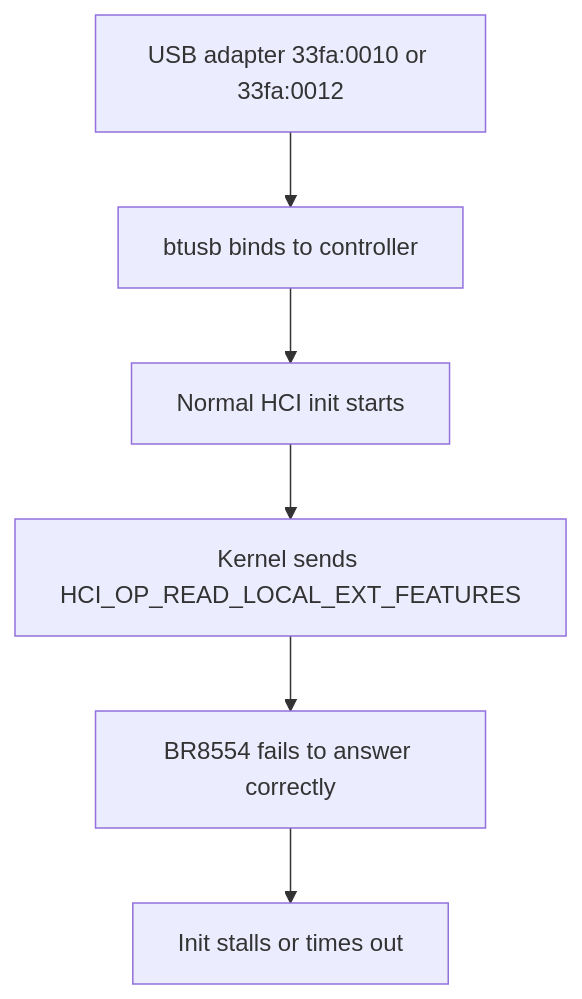
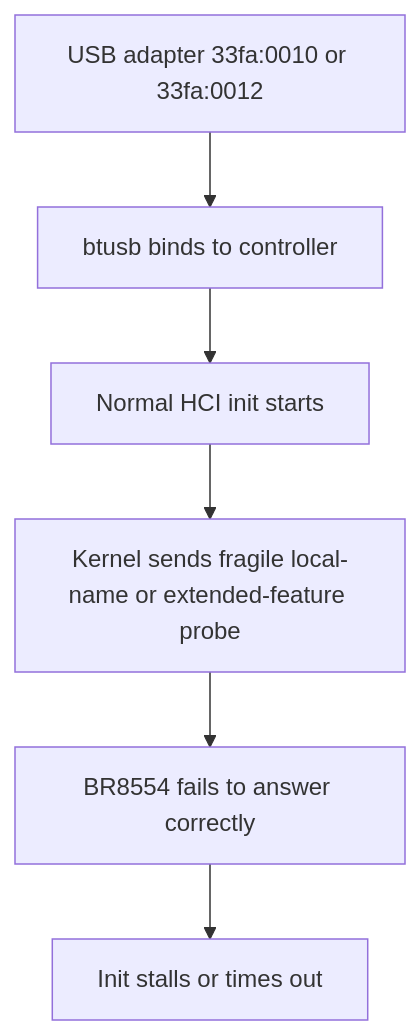
One commit to vratiskol/barrot-ble-device changed the first of 4 diagrams in PATCH_DETAILS.md. Above: the diagram before and after it, drawn with Mermaid. The commit also changed other lines of this file and 8 other files, not shown here.

````diff
--- a/PATCH_DETAILS.md
+++ b/PATCH_DETAILS.md
@@ -31,8 +31,8 @@
 ```mermaid
 flowchart TD
     A[USB adapter 33fa:0010 or 33fa:0012] --> B[btusb binds to controller]
     B --> C[Normal HCI init starts]
-    C --> D[Kernel sends HCI_OP_READ_LOCAL_EXT_FEATURES]
+    C --> D[Kernel sends fragile local-name or extended-feature probe]
     D --> E[BR8554 fails to answer correctly]
     E --> F[Init stalls or times out]
 ```
````
